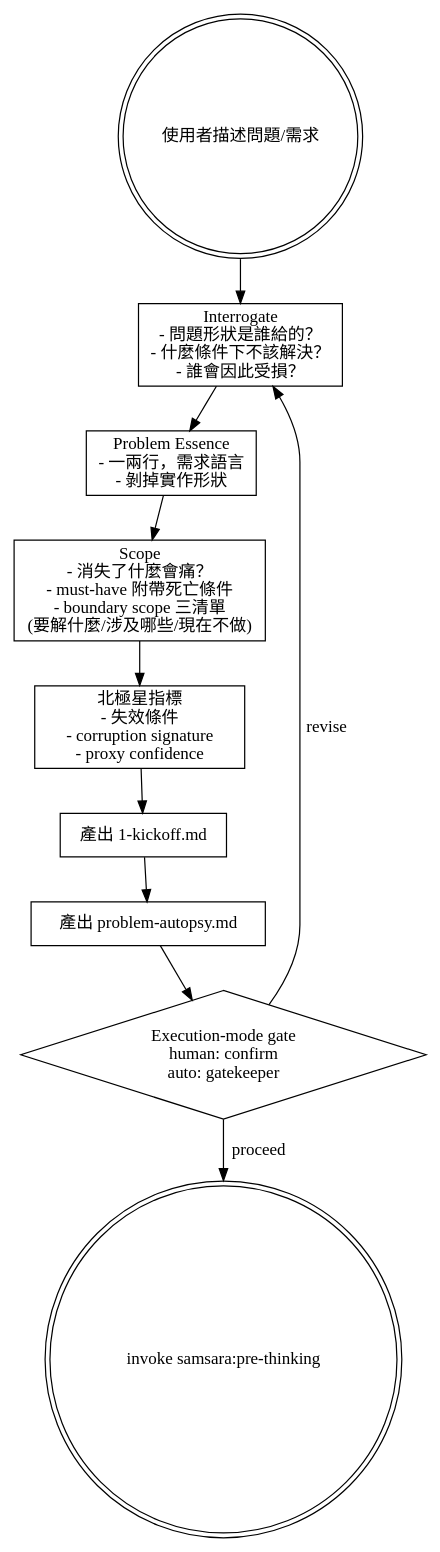
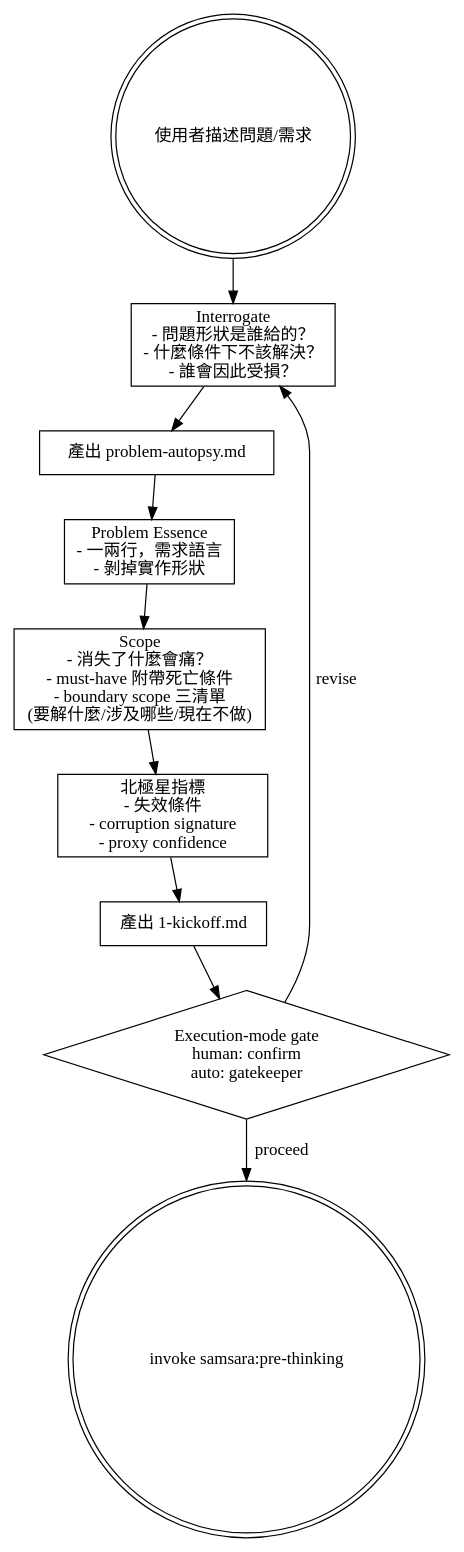
One commit to roymondliao/samsara changed the diagram in skills/research/SKILL.md. Above: the diagram before and after it, drawn with Graphviz. The commit also changed other lines of this file and 3 other files, not shown here.

````diff
--- a/skills/research/SKILL.md
+++ b/skills/research/SKILL.md
@@ -14,25 +14,25 @@
 ```dot
 digraph research {
     node [shape=box];
 
     start [label="使用者描述問題/需求" shape=doublecircle];
     interrogate [label="Interrogate\n- 問題形狀是誰給的？\n- 什麼條件下不該解決？\n- 誰會因此受損？"];
+    output_autopsy [label="產出 problem-autopsy.md"];
     essence [label="Problem Essence\n- 一兩行，需求語言\n- 剝掉實作形狀"];
     scope [label="Scope\n- 消失了什麼會痛？\n- must-have 附帶死亡條件\n- boundary scope 三清單\n(要解什麼/涉及哪些/現在不做)"];
     north_star [label="北極星指標\n- 失效條件\n- corruption signature\n- proxy confidence"];
     output_kickoff [label="產出 1-kickoff.md"];
-    output_autopsy [label="產出 problem-autopsy.md"];
     gate [label="Execution-mode gate\nhuman: confirm\nauto: gatekeeper" shape=diamond];
     next [label="invoke samsara:pre-thinking" shape=doublecircle];
 
     start -> interrogate;
-    interrogate -> essence;
+    interrogate -> output_autopsy;
+    output_autopsy -> essence;
     essence -> scope;
     scope -> north_star;
     north_star -> output_kickoff;
-    output_kickoff -> output_autopsy;
-    output_autopsy -> gate;
+    output_kickoff -> gate;
     gate -> next [label="proceed"];
     gate -> interrogate [label="revise"];
 }
 ```
````
